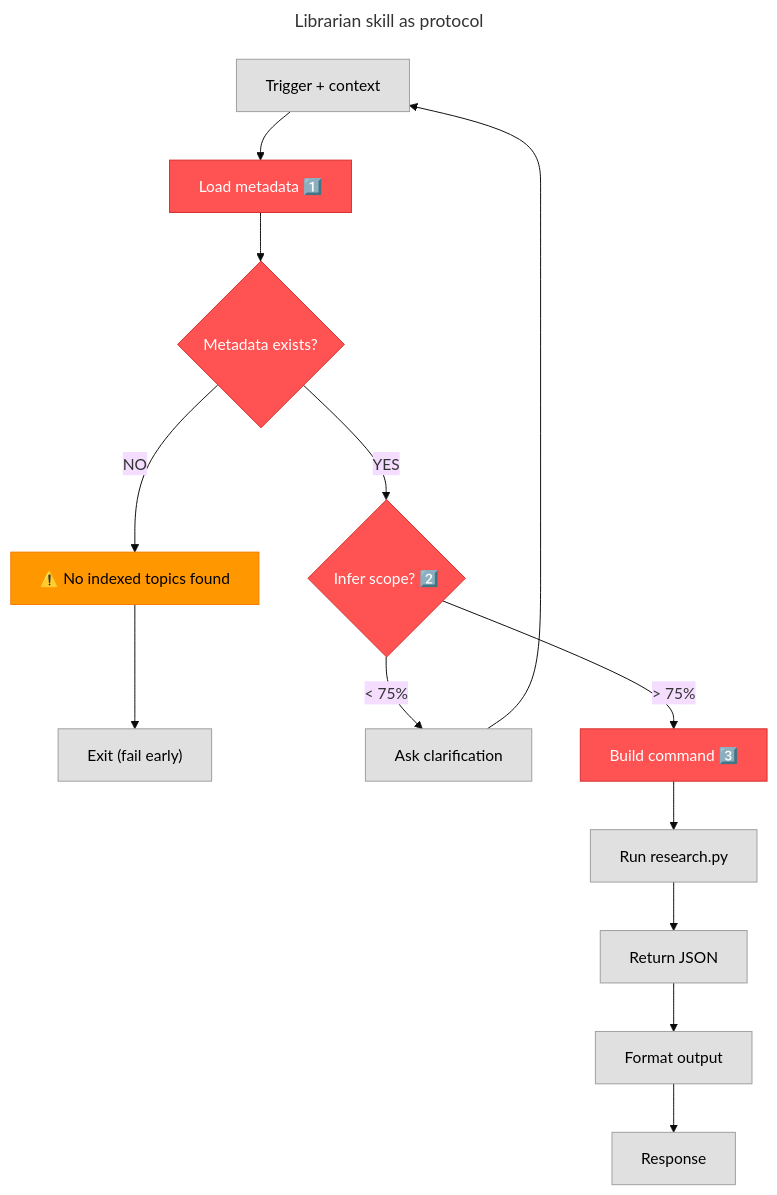
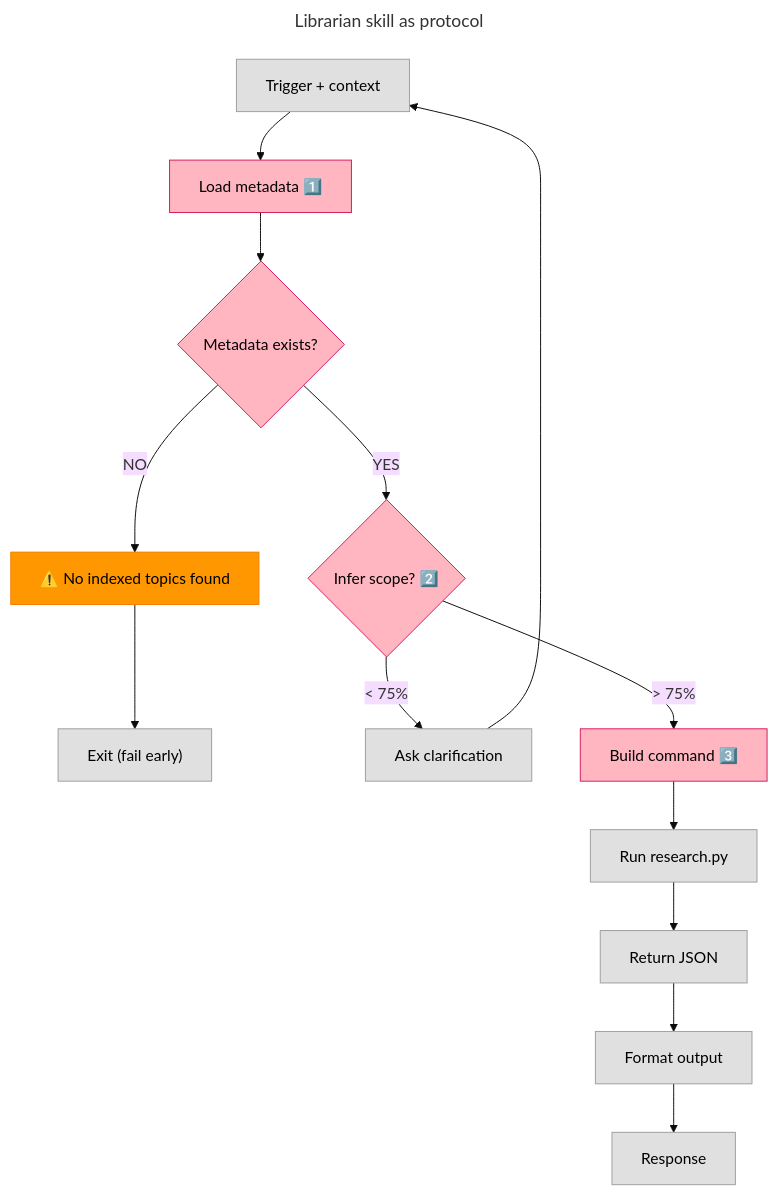
Before and after one commit to nonlinear/librarian: the diagram in backstage/epic-notes/v0.15.0-skill-protocol.md, drawn with Mermaid (base theme). The commit also changed other lines of this file, not shown here.

````diff
--- a/backstage/epic-notes/v0.15.0-skill-protocol.md
+++ b/backstage/epic-notes/v0.15.0-skill-protocol.md
@@ -1,35 +1,35 @@
 ```mermaid
 ---
 title: Librarian skill as protocol
 ---
 flowchart TD
     TRIGGER["Trigger + context"]
     TRIGGER --> METADATA["Load metadata 1️⃣"]
     METADATA --> CHECK{"Metadata exists?"}
     CHECK -->|NO| ERROR["⚠️ No indexed topics found"]
     ERROR --> EXIT["Exit (fail early)"]
     CHECK -->|YES| INFER{"Infer scope? 2️⃣"}
     
     INFER -->|"< 75%"| CLARIFY["Ask clarification"]
     CLARIFY --> TRIGGER
     
     INFER -->|"> 75%"| BUILD["Build command 3️⃣"]
     
     BUILD --> EXEC["Run research.py"]
     EXEC --> JSON["Return JSON"]
     JSON --> FORMAT["Format output"]
     FORMAT --> USER["Response"]
     
     style TRIGGER fill:#E0E0E0,stroke:#9E9E9E,color:#000
-    style METADATA fill:#FF5252,stroke:#D32F2F,color:#fff
-    style INFER fill:#FF5252,stroke:#D32F2F,color:#fff
+    style METADATA fill:#FFB6C1,stroke:#D81B60,color:#000
+    style INFER fill:#FFB6C1,stroke:#D81B60,color:#000
     style CLARIFY fill:#E0E0E0,stroke:#9E9E9E,color:#000
-    style BUILD fill:#FF5252,stroke:#D32F2F,color:#fff
+    style BUILD fill:#FFB6C1,stroke:#D81B60,color:#000
     style EXEC fill:#E0E0E0,stroke:#9E9E9E,color:#000
     style JSON fill:#E0E0E0,stroke:#9E9E9E,color:#000
     style FORMAT fill:#E0E0E0,stroke:#9E9E9E,color:#000
     style USER fill:#E0E0E0,stroke:#9E9E9E,color:#000
-    style CHECK fill:#FF5252,stroke:#D32F2F,color:#fff
+    style CHECK fill:#FFB6C1,stroke:#D81B60,color:#000
     style ERROR fill:#FF9800,stroke:#F57C00,color:#000
     style EXIT fill:#E0E0E0,stroke:#9E9E9E,color:#000
 ```
````
